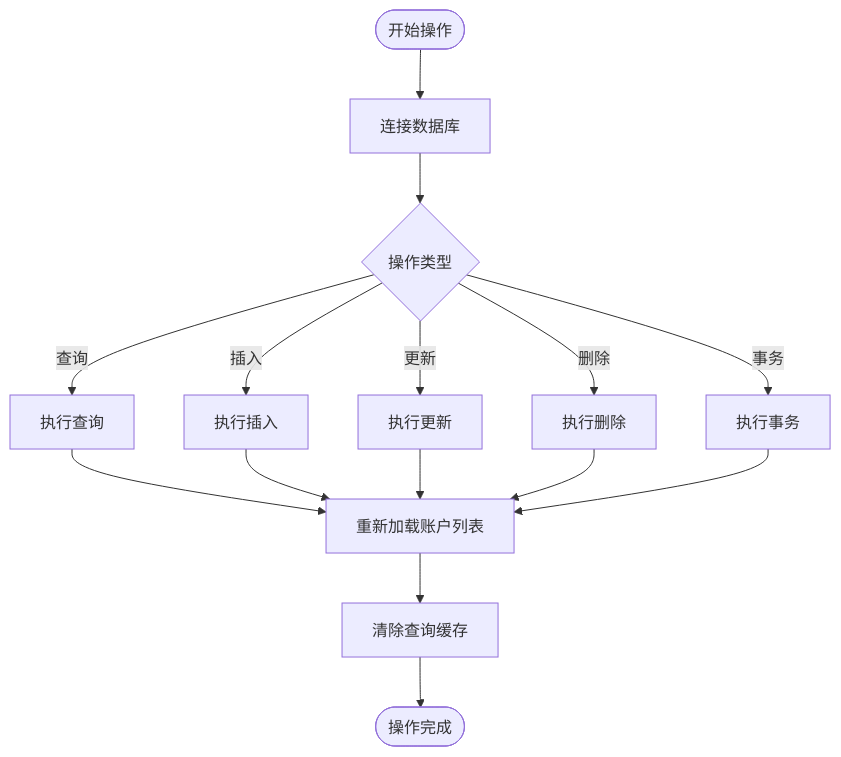
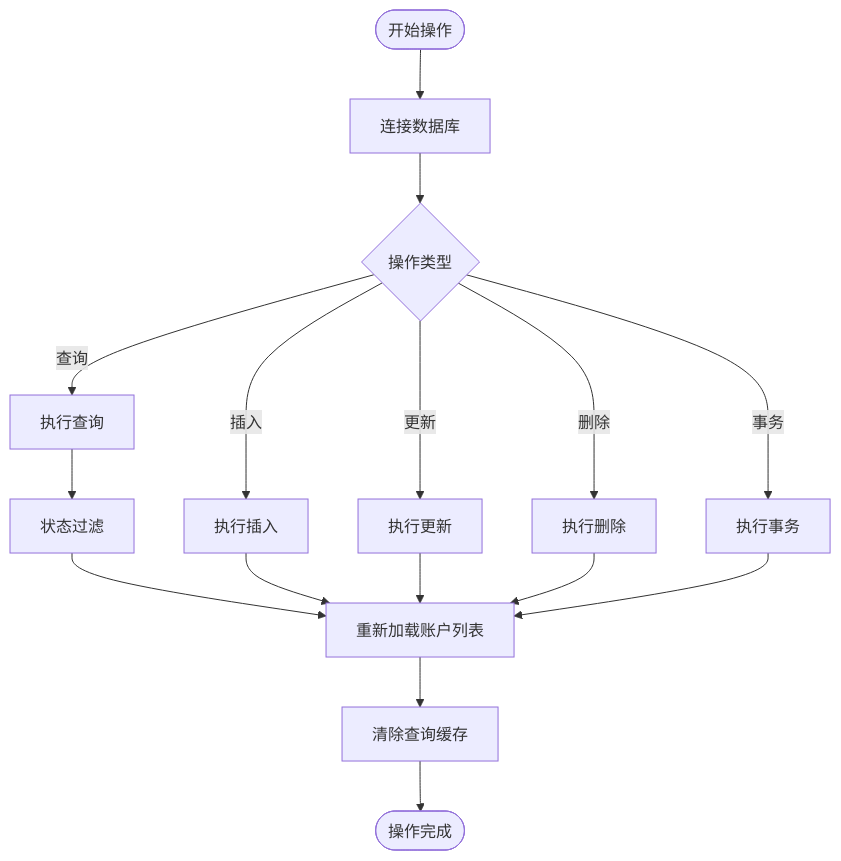
One commit to xiao-lin-unit/yuan changed the fourth of 5 diagrams in .qoder/repowiki/zh/content/账户管理/账户数据模型.md. Above: the diagram before and after it, drawn with Mermaid. The commit also changed other lines of this file and 19 other files, not shown here.

````diff
--- a/.qoder/repowiki/zh/content/账户管理/账户数据模型.md
+++ b/.qoder/repowiki/zh/content/账户管理/账户数据模型.md
@@ -208,17 +265,18 @@
 ```mermaid
 flowchart TD
 Start([开始操作]) --> Connect["连接数据库"]
 Connect --> Operation{"操作类型"}
 Operation --> |查询| Load["执行查询"]
 Operation --> |插入| Insert["执行插入"]
 Operation --> |更新| Update["执行更新"]
 Operation --> |删除| Delete["执行删除"]
 Operation --> |事务| Transaction["执行事务"]
-Load --> Reload["重新加载账户列表"]
+Load --> Filter["状态过滤"]
+Filter --> Reload["重新加载账户列表"]
 Insert --> Reload
 Update --> Reload
 Delete --> Reload
 Transaction --> Reload
 Reload --> CacheClear["清除查询缓存"]
 CacheClear --> End([操作完成])
 ```
````
